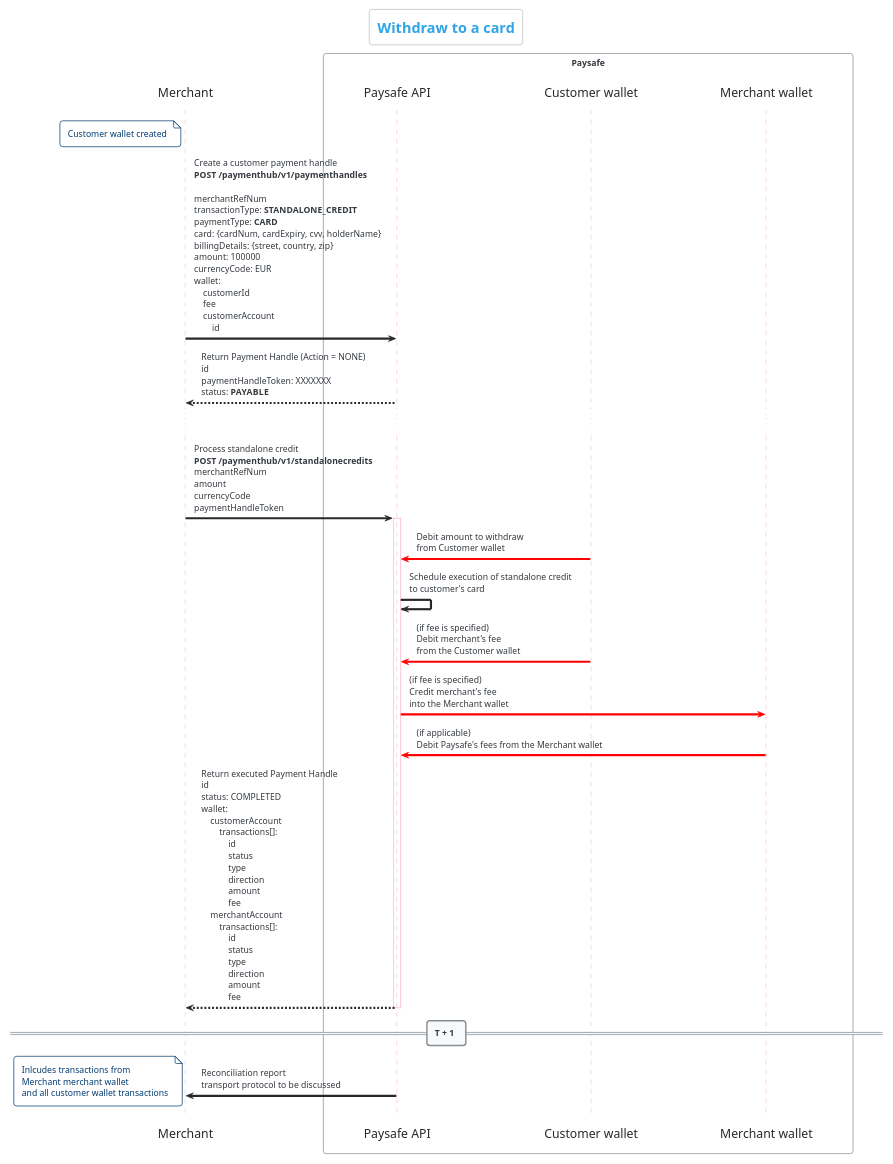
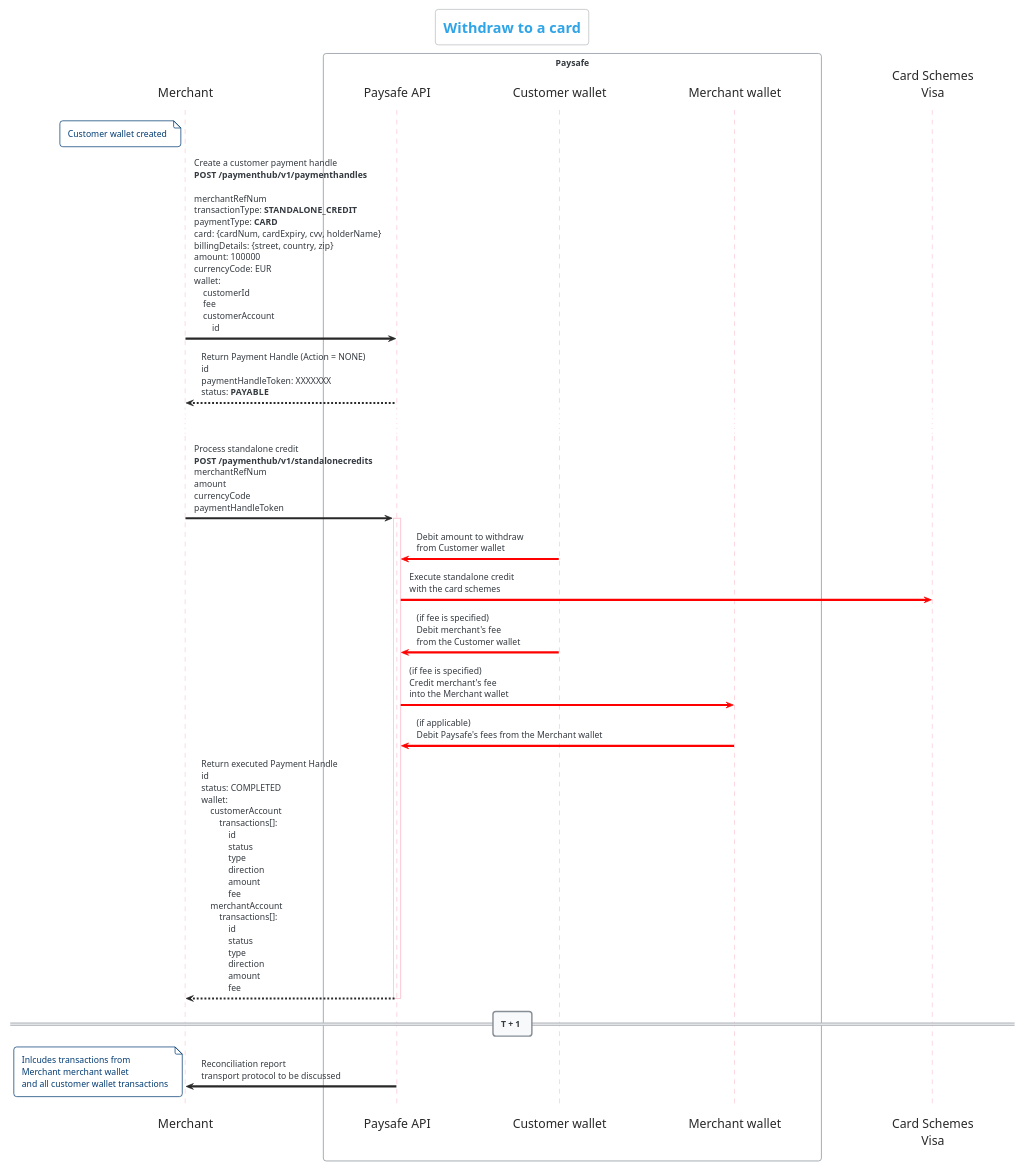
Before and after one commit to paysafegroup/WalletAPI: the fifth of 5 diagrams in diagrams/diagrams.plantuml, drawn with PlantUML. The commit also changed 1 other file, not shown here.

Commit message:
Fixed stanalone credit to card wwl diagram

```diff
--- a/diagrams/diagrams.plantuml
+++ b/diagrams/diagrams.plantuml
@@ -213,48 +213,49 @@
 @startuml "3-Withdraw-card"
     title "Withdraw to a card"
 
     !theme cerulean-outline
 
     skinparam dpi 72
     skinparam shadowing false
     skinparam backgroundColor #FFFFFF
     skinparam Sequence {
         ParticipantBorderColor #FFFFFF
         ParticipantBackgroundColor #FFFFFF
         ParticipantFontSize 17
         ParticipantFontColor #282828
         ArrowColor #282828
         LifeLineBorderColor #FBC9D6
     }
 
     participant Merchant
     box "Paysafe"
         participant "Paysafe API" as PaysafeAPI
         participant "Customer wallet" as CW
         participant "Merchant wallet" as MW
     end box
+    participant "Card Schemes\nVisa" as CardSchemes
 
     note left of Merchant: Customer wallet created
 
     Merchant -> PaysafeAPI: Create a customer payment handle\n**POST /paymenthub/v1/paymenthandles**\n\nmerchantRefNum\ntransactionType: **STANDALONE_CREDIT**\npaymentType: **CARD**\ncard: {cardNum, cardExpiry, cvv, holderName}\nbillingDetails: {street, country, zip}\namount: 100000\ncurrencyCode: EUR\nwallet:\n    customerId\n    fee\n    customerAccount\n        id
     Merchant <-- PaysafeAPI: Return Payment Handle (Action = NONE)\nid\npaymentHandleToken: XXXXXXX\nstatus: **PAYABLE**
 
     ...
 
     Merchant -> PaysafeAPI: Process standalone credit\n**POST /paymenthub/v1/standalonecredits**\nmerchantRefNum\namount\ncurrencyCode\npaymentHandleToken
     activate PaysafeAPI
 
         PaysafeAPI <-[#FF0000] CW: Debit amount to withdraw\nfrom Customer wallet
-        PaysafeAPI -> PaysafeAPI: Schedule execution of standalone credit\nto customer's card
+        PaysafeAPI [#FF0000]-> CardSchemes: Execute standalone credit\nwith the card schemes
         PaysafeAPI <-[#FF0000] CW: (if fee is specified)\nDebit merchant's fee\nfrom the Customer wallet
         PaysafeAPI [#FF0000]-> MW: (if fee is specified)\nCredit merchant's fee\ninto the Merchant wallet
         PaysafeAPI <-[#FF0000] MW: (if applicable)\nDebit Paysafe's fees from the Merchant wallet
 
         Merchant <-- PaysafeAPI: Return executed Payment Handle\nid\nstatus: COMPLETED\nwallet:\n    customerAccount\n        transactions[]:\n            id\n            status\n            type\n            direction\n            amount\n            fee            \n    merchantAccount\n        transactions[]:\n            id\n            status\n            type\n            direction\n            amount\n            fee
     deactivate PaysafeAPI
 
 	== T + 1 ==
 
  	PaysafeAPI -> Merchant: Reconciliation report\ntransport protocol to be discussed
     note left: Inlcudes transactions from\nMerchant merchant wallet \nand all customer wallet transactions
 @enduml
```
